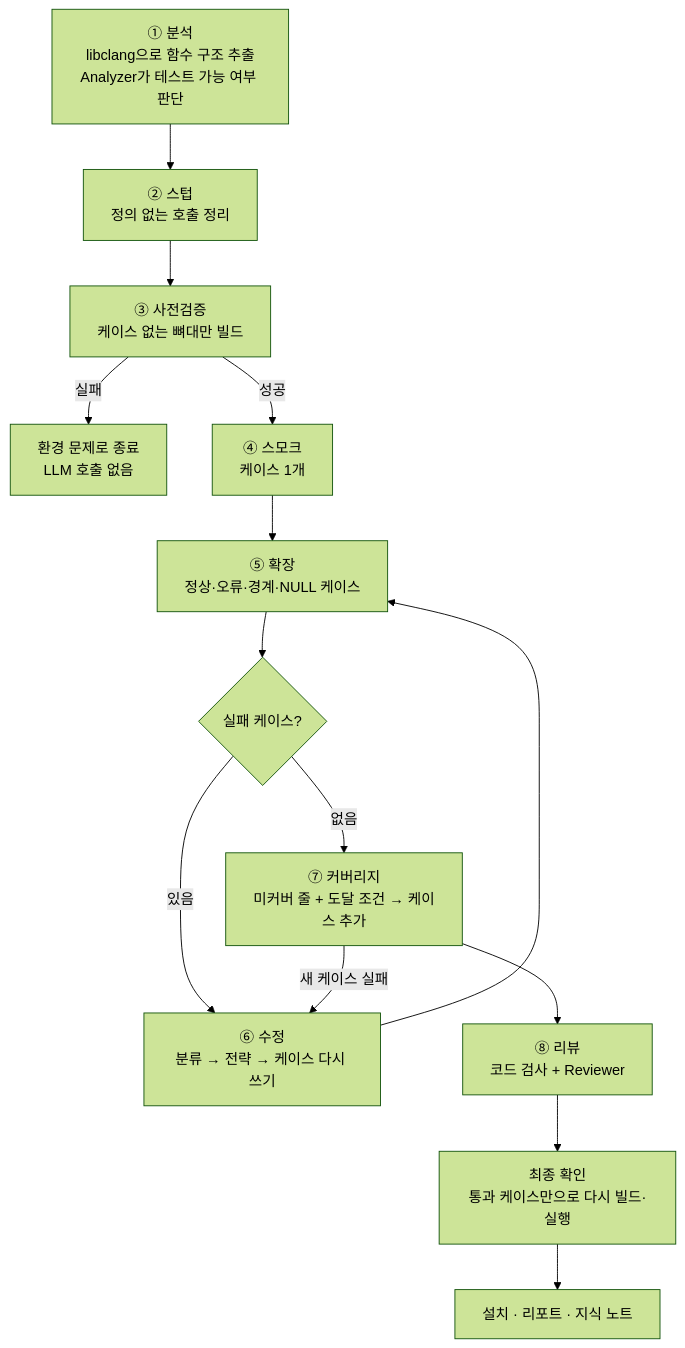
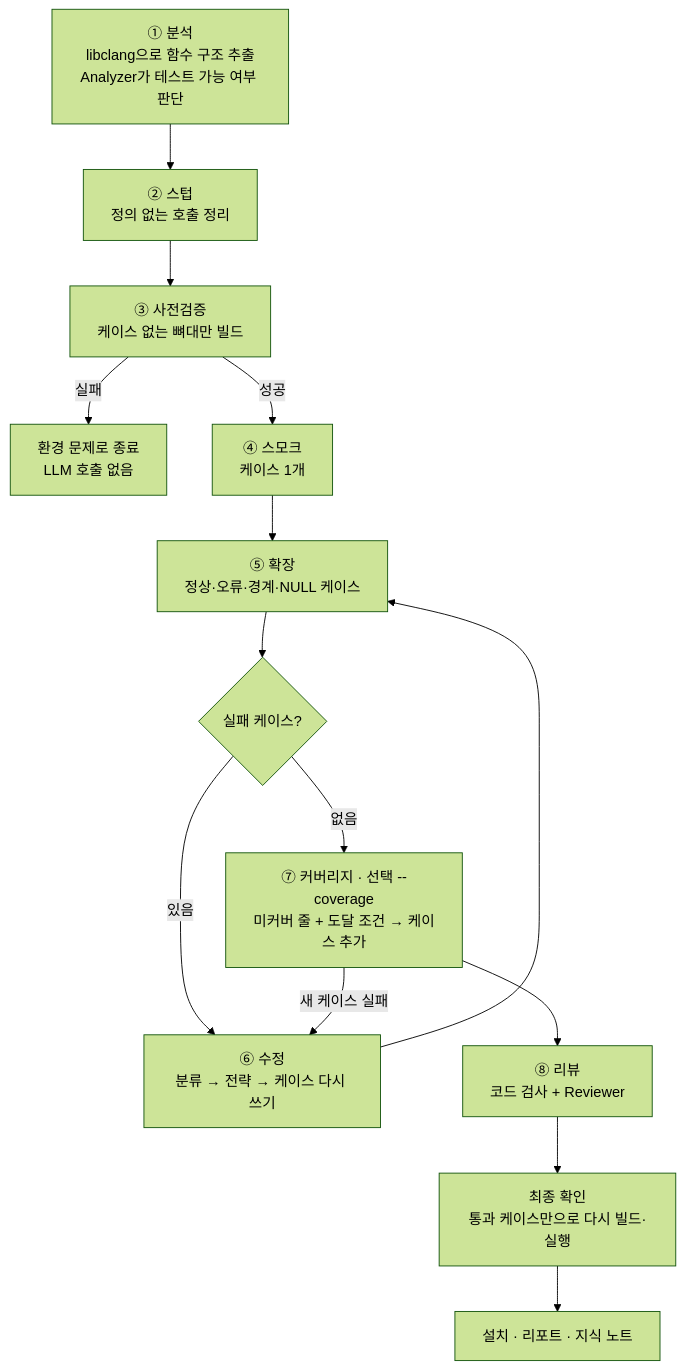
The third of 6 diagrams in docs/guide.md (haangman/GenUT), drawn with Mermaid (forest theme) before and after one commit. The commit also changed other lines of this file and 16 other files, not shown here.

````diff
--- a/docs/guide.md
+++ b/docs/guide.md
@@ -188,16 +188,16 @@
 ```mermaid
 flowchart TD
     A[① 분석<br/>libclang으로 함수 구조 추출<br/>Analyzer가 테스트 가능 여부 판단] --> B[② 스텁<br/>정의 없는 호출 정리]
     B --> C[③ 사전검증<br/>케이스 없는 뼈대만 빌드]
     C -->|실패| X[환경 문제로 종료<br/>LLM 호출 없음]
     C -->|성공| D[④ 스모크<br/>케이스 1개]
     D --> E[⑤ 확장<br/>정상·오류·경계·NULL 케이스]
     E --> F{실패 케이스?}
     F -->|있음| G[⑥ 수정<br/>분류 → 전략 → 케이스 다시 쓰기]
     G --> E
-    F -->|없음| H[⑦ 커버리지<br/>미커버 줄 + 도달 조건 → 케이스 추가]
+    F -->|없음| H[⑦ 커버리지 · 선택 --coverage<br/>미커버 줄 + 도달 조건 → 케이스 추가]
     H -->|새 케이스 실패| G
     H --> I[⑧ 리뷰<br/>코드 검사 + Reviewer]
     I --> J[최종 확인<br/>통과 케이스만으로 다시 빌드·실행]
     J --> K[설치 · 리포트 · 지식 노트]
 ```
````
